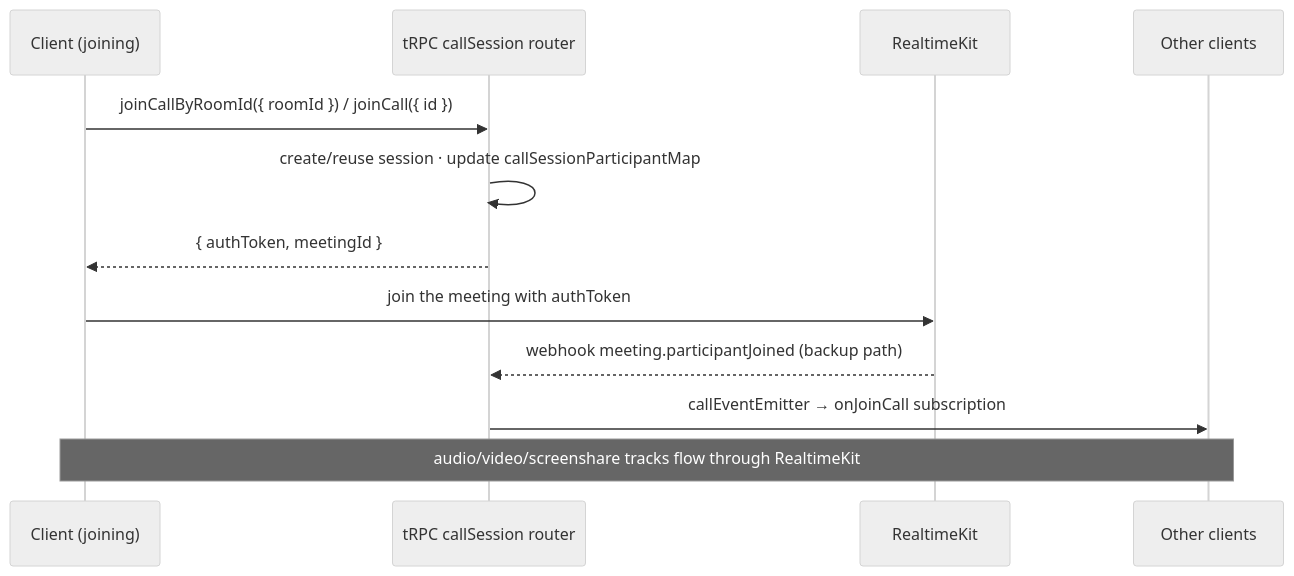
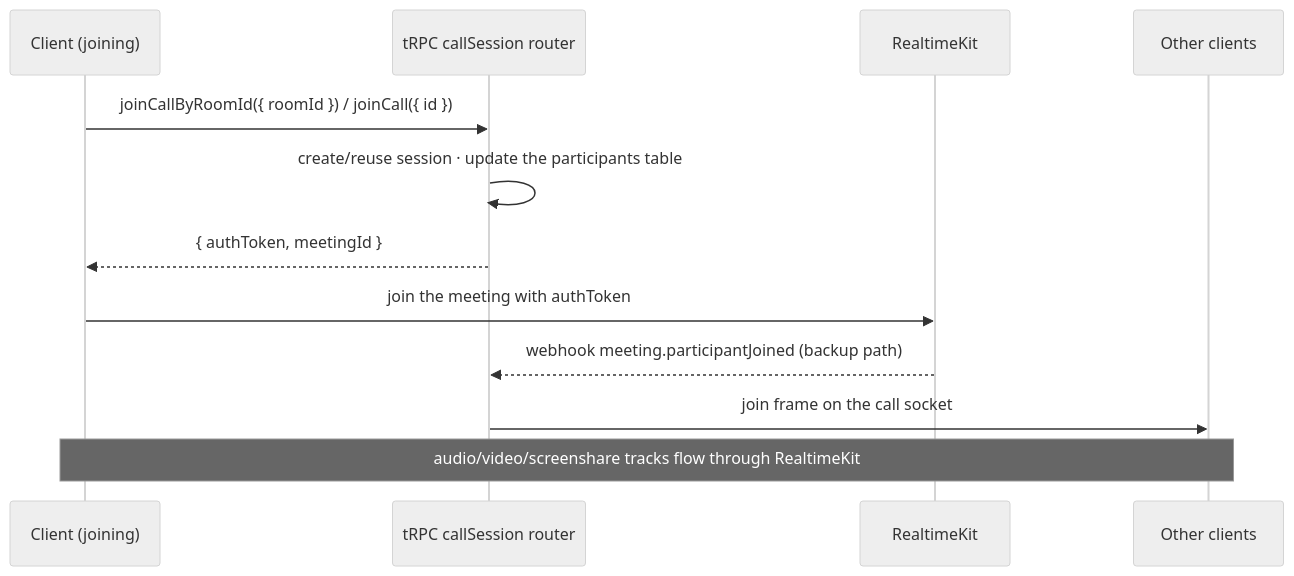
Before and after one commit to Esposter/Esposter: the first of 3 diagrams in openspec/specs/esbabbler/calls/README.md, drawn with Mermaid (neutral theme). The commit also changed other lines of this file and 7 other files, not shown here.

````diff
--- a/openspec/specs/esbabbler/calls/README.md
+++ b/openspec/specs/esbabbler/calls/README.md
@@ -33,15 +33,15 @@
 ```mermaid
 sequenceDiagram
     participant A as Client (joining)
     participant T as tRPC callSession router
     participant RTK as RealtimeKit
     participant B as Other clients
 
     A->>T: joinCallByRoomId({ roomId }) / joinCall({ id })
-    T->>T: create/reuse session · update callSessionParticipantMap
+    T->>T: create/reuse session · update the participants table
     T-->>A: { authToken, meetingId }
     A->>RTK: join the meeting with authToken
     RTK-->>T: webhook meeting.participantJoined (backup path)
-    T->>B: callEventEmitter → onJoinCall subscription
+    T->>B: join frame on the call socket
     Note over A,B: audio/video/screenshare tracks flow through RealtimeKit
 ```
````
